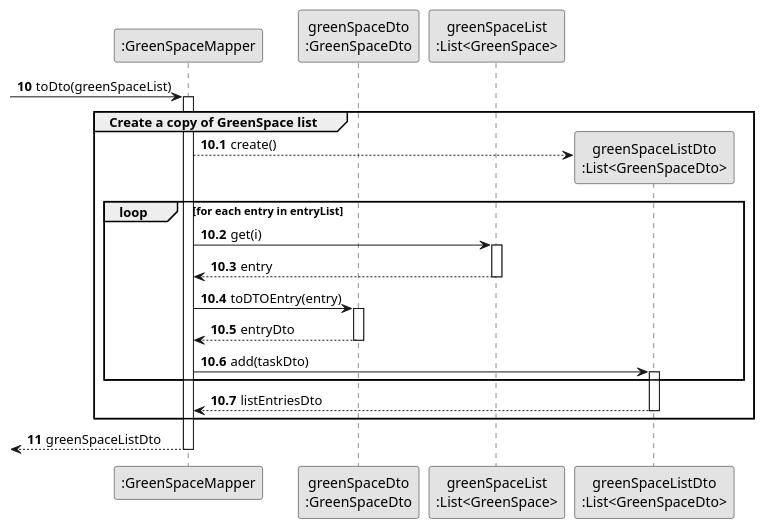
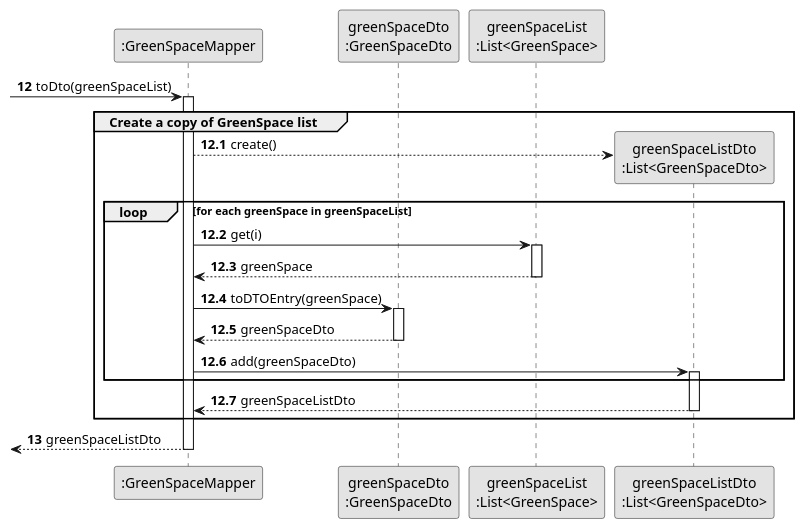
Before and after one commit to diogoveirospro/lei-24-s2-1dg-g072: the diagram in docs/sprintC/us027/03.design/puml/us027-sequence-diagram-partial-create-a-copy-of-GreenSpaceList.puml, drawn with PlantUML. The commit also changed 21 other files, not shown here.

```diff
--- a/docs/sprintC/us027/03.design/puml/us027-sequence-diagram-partial-create-a-copy-of-GreenSpaceList.puml
+++ b/docs/sprintC/us027/03.design/puml/us027-sequence-diagram-partial-create-a-copy-of-GreenSpaceList.puml
@@ -1,50 +1,50 @@
 @startuml
 skinparam monochrome true
 skinparam packageStyle rectangle
 skinparam shadowing false
 
 autonumber
 
 'hide footbox
 
 participant ":GreenSpaceMapper" as Mapper
 participant "greenSpaceDto\n:GreenSpaceDto" as DTO
 participant "greenSpaceList\n:List<GreenSpace>" as greenSpaceList
 participant "greenSpaceListDto\n:List<GreenSpaceDto>" as LISTDTO
 
-autonumber 10
+autonumber 12
 
  -> Mapper : toDto(greenSpaceList)
-autonumber 10.1
+autonumber 12.1
 activate Mapper
     group Create a copy of GreenSpace list
 
             Mapper --> LISTDTO** : create()
-                loop for each entry in entryList
+                loop for each greenSpace in greenSpaceList
                     Mapper -> greenSpaceList : get(i)
                         activate greenSpaceList
 
-                        greenSpaceList --> Mapper : entry
+                        greenSpaceList --> Mapper : greenSpace
                         deactivate greenSpaceList
-                    Mapper -> DTO : toDTOEntry(entry)
+                    Mapper -> DTO : toDTOEntry(greenSpace)
                         activate DTO
 
-                        DTO --> Mapper : entryDto
+                        DTO --> Mapper : greenSpaceDto
                         deactivate DTO
-                    Mapper -> LISTDTO : add(taskDto)
+                    Mapper -> LISTDTO : add(greenSpaceDto)
                         activate LISTDTO
                 end
 
 
-            LISTDTO --> Mapper : listEntriesDto
+            LISTDTO --> Mapper : greenSpaceListDto
              deactivate LISTDTO
     end
-    autonumber 11
+    autonumber 13
 
     <-- Mapper  : greenSpaceListDto
 
 deactivate Mapper
 
 deactivate Mapper
 
 @enduml
```
